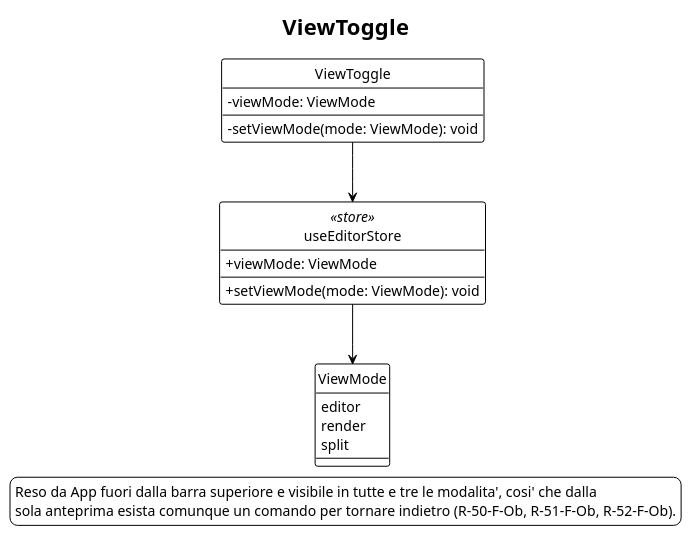
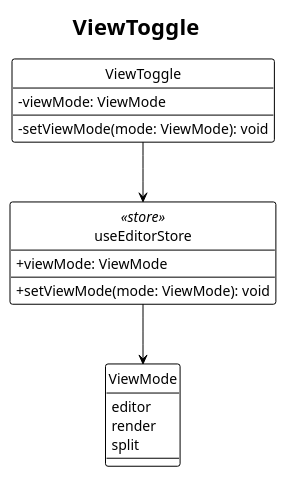
One commit to thebitless-group-swe/thebitless.github.io changed the diagram in PB/doc_esterna/specifica_tecnica/assets/plantuml/UML3.3.2-3.puml. Above: the diagram before and after it, drawn with PlantUML. The commit also changed 35 other files, not shown here.

```diff
--- a/PB/doc_esterna/specifica_tecnica/assets/plantuml/UML3.3.2-3.puml
+++ b/PB/doc_esterna/specifica_tecnica/assets/plantuml/UML3.3.2-3.puml
@@ -1,40 +1,35 @@
 @startuml
 !theme plain
 hide circle
 skinparam classAttributeIconSize 0
 skinparam shadowing false
 skinparam nodesep 45
 skinparam ranksep 60
 skinparam defaultFontSize 14
 
 title ViewToggle
 
 top to bottom direction
 
 class ViewToggle {
   - viewMode: ViewMode
   __
   - setViewMode(mode: ViewMode): void
 }
 
 class useEditorStore <<store>> {
   + viewMode: ViewMode
   __
   + setViewMode(mode: ViewMode): void
 }
 
 enum ViewMode {
   editor
   render
   split
 }
 
 ViewToggle --> useEditorStore
 useEditorStore --> ViewMode
 
-legend bottom
-  Reso da App fuori dalla barra superiore e visibile in tutte e tre le modalita', cosi' che dalla
-  sola anteprima esista comunque un comando per tornare indietro (R-50-F-Ob, R-51-F-Ob, R-52-F-Ob).
-endlegend
-
 @enduml
```
